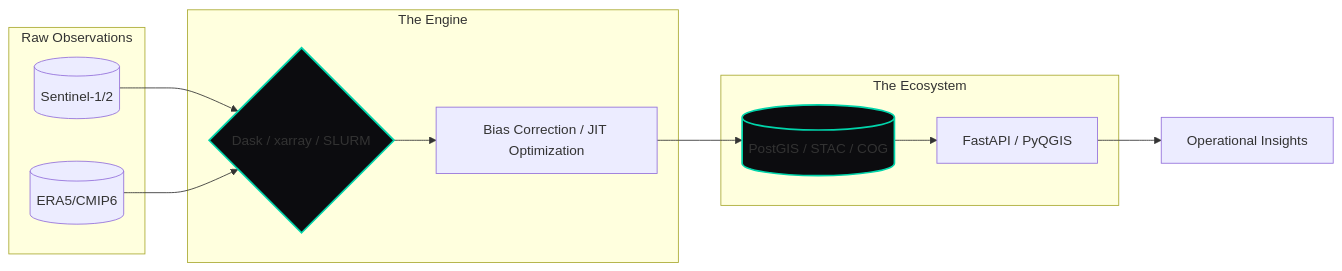
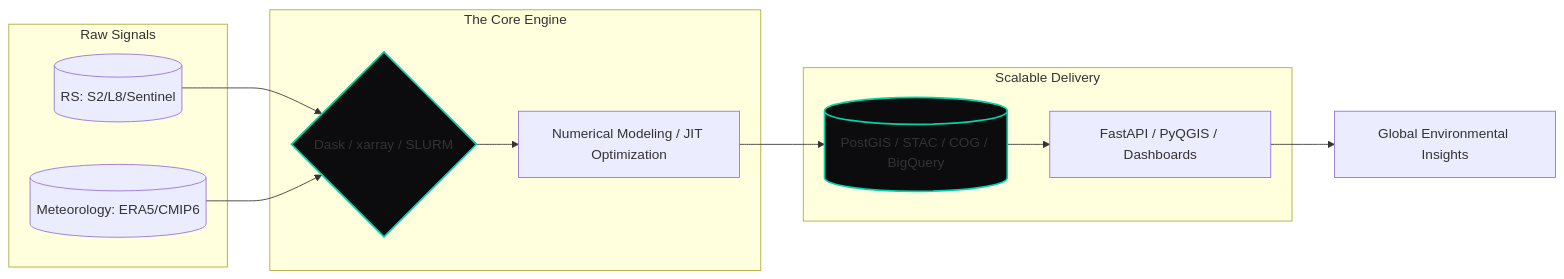
The diagram in README.md (BadibossPy/BadibossPy), drawn with Mermaid before and after one commit. The commit also changed other lines of this file, not shown here.

````diff
--- a/README.md
+++ b/README.md
@@ -20,26 +19,26 @@
 ```mermaid
 graph LR
-    subgraph "Raw Observations"
-        A[(Sentinel-1/2)]
-        B[(ERA5/CMIP6)]
+    subgraph "Raw Signals"
+        A[(RS: S2/L8/Sentinel)]
+        B[(Meteorology: ERA5/CMIP6)]
     end
     
-    subgraph "The Engine"
+    subgraph "The Core Engine"
         C{Dask / xarray / SLURM}
-        D[Bias Correction / JIT Optimization]
+        D[Numerical Modeling / JIT Optimization]
     end
     
-    subgraph "The Ecosystem"
-        E[(PostGIS / STAC / COG)]
-        F[FastAPI / PyQGIS]
+    subgraph "Scalable Delivery"
+        E[(PostGIS / STAC / COG / BigQuery)]
+        F[FastAPI / PyQGIS / Dashboards]
     end
     
     A & B --> C
     C --> D
     D --> E
     E --> F
-    F --> G[Operational Insights]
+    F --> G[Global Environmental Insights]
     
     style C fill:#0c0c0f,stroke:#00d4aa,stroke-width:2px;
     style E fill:#0c0c0f,stroke:#00d4aa,stroke-width:2px;
 ```
````
